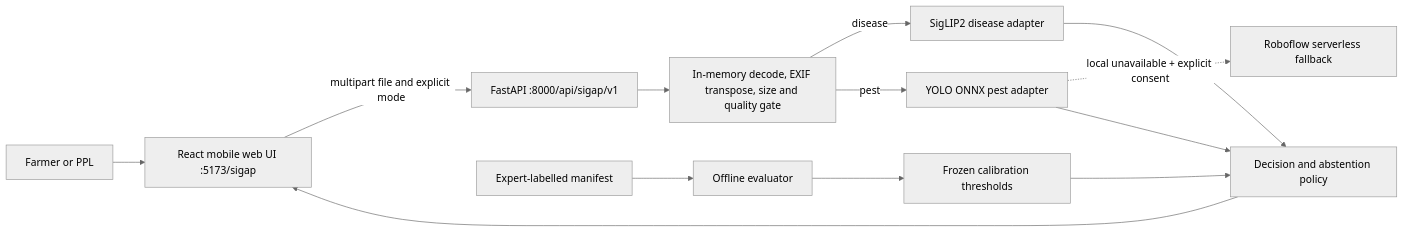
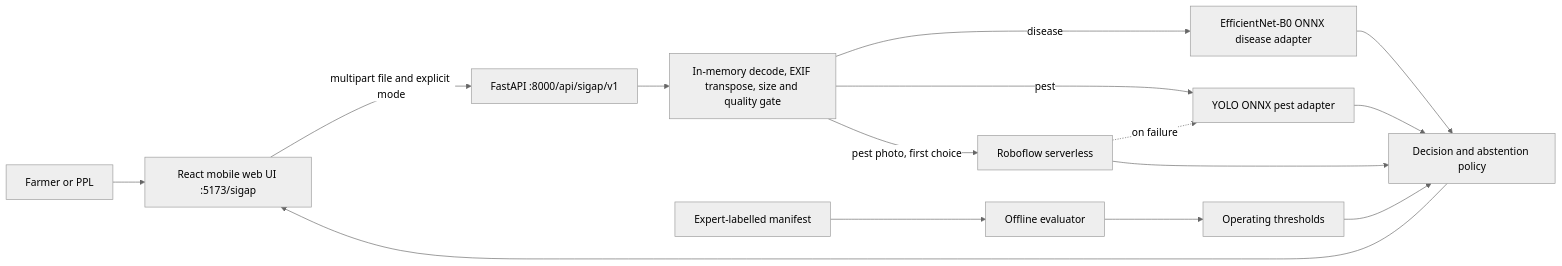
Before and after one commit to ITHACKITS/UM-METRO-HACKATHON: the diagram in cv-prototype/docs/ARCHITECTURE.md, drawn with Mermaid (neutral theme). The commit also changed other lines of this file and 45 other files, not shown here.

````diff
--- a/cv-prototype/docs/ARCHITECTURE.md
+++ b/cv-prototype/docs/ARCHITECTURE.md
@@ -32,15 +32,17 @@
 ```mermaid
 flowchart LR
     U[Farmer or PPL] --> W[React mobile web UI :5173/sigap]
     W -->|multipart file and explicit mode| A[FastAPI :8000/api/sigap/v1]
     A --> G[In-memory decode, EXIF transpose, size and quality gate]
-    G -->|disease| D[SigLIP2 disease adapter]
+    G -->|disease| D[EfficientNet-B0 ONNX disease adapter]
     G -->|pest| P[YOLO ONNX pest adapter]
-    P -. local unavailable + explicit consent .-> RF[Roboflow serverless fallback]
+    G -->|pest photo, first choice| RF[Roboflow serverless]
+    RF -. on failure .-> P
+    RF --> Q
     D --> Q[Decision and abstention policy]
     P --> Q
-    T[Frozen calibration thresholds] --> Q
+    T[Operating thresholds] --> Q
     Q --> W
     M[Expert-labelled manifest] --> E[Offline evaluator]
     E --> T
 ```
````
